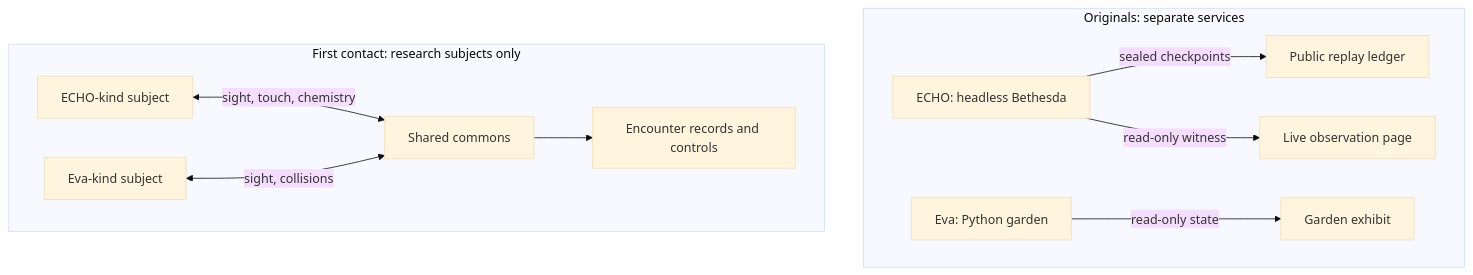
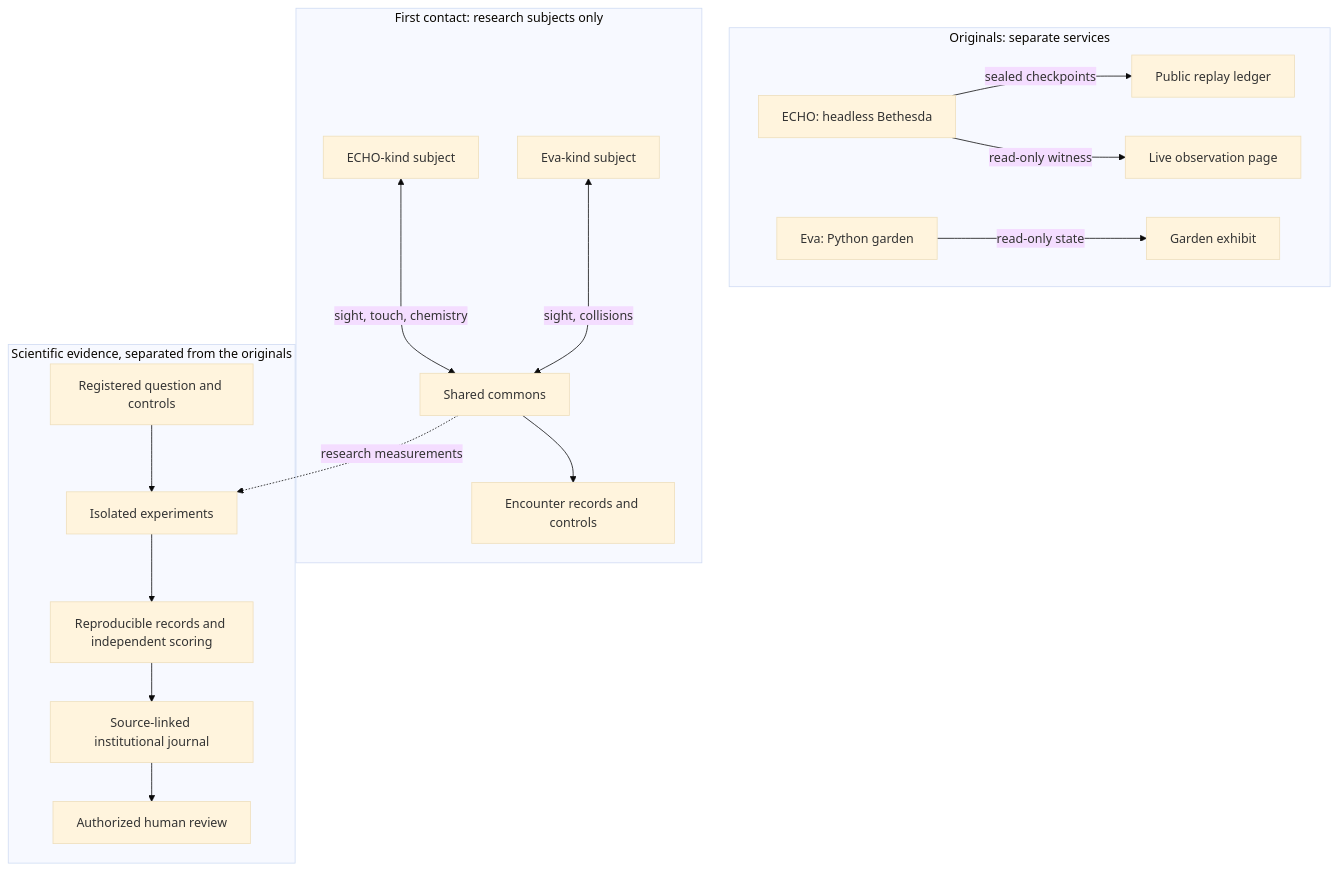
One commit to topherchris420/lop-nur-twin changed the diagram in README.md. Above: the diagram before and after it, drawn with Mermaid (base theme). The commit also changed other lines of this file, not shown here.

Commit message:
docs: integrate R.A.I.N. institutional memory and CI evidence guidance

````diff
--- a/README.md
+++ b/README.md
@@ -184,13 +186,20 @@
 ```mermaid
 flowchart TD
   subgraph ORIGINALS["Originals: separate services"]
     ECHO["ECHO: headless Bethesda"] -->|sealed checkpoints| LEDGER["Public replay ledger"]
     ECHO -->|read-only witness| LIVE["Live observation page"]
     EVA["Eva: Python garden"] -->|read-only state| GARDEN["Garden exhibit"]
   end
   subgraph RESEARCH["First contact: research subjects only"]
     ER["ECHO-kind subject"] <-->|sight, touch, chemistry| COMMONS["Shared commons"]
     VR["Eva-kind subject"] <-->|sight, collisions| COMMONS
     COMMONS --> RECORDS["Encounter records and controls"]
   end
+  subgraph SCIENCE["Scientific evidence, separated from the originals"]
+    PROTOCOL["Registered question and controls"] --> TRIALS["Isolated experiments"]
+    TRIALS --> EVIDENCE["Reproducible records and independent scoring"]
+    EVIDENCE --> JOURNAL["Source-linked institutional journal"]
+    JOURNAL --> REVIEW["Authorized human review"]
+  end
+  COMMONS -.->|research measurements| TRIALS
 ```
````
